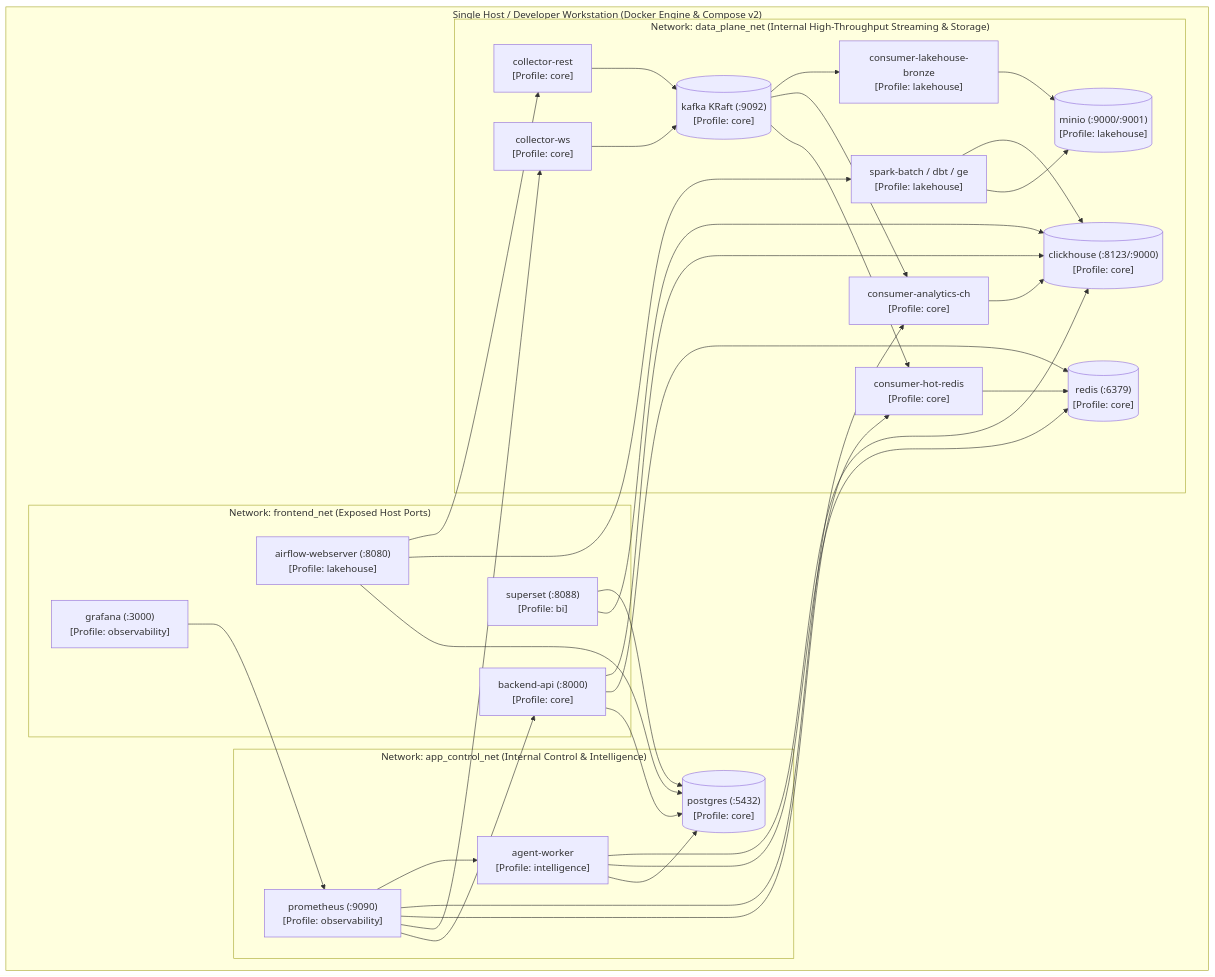
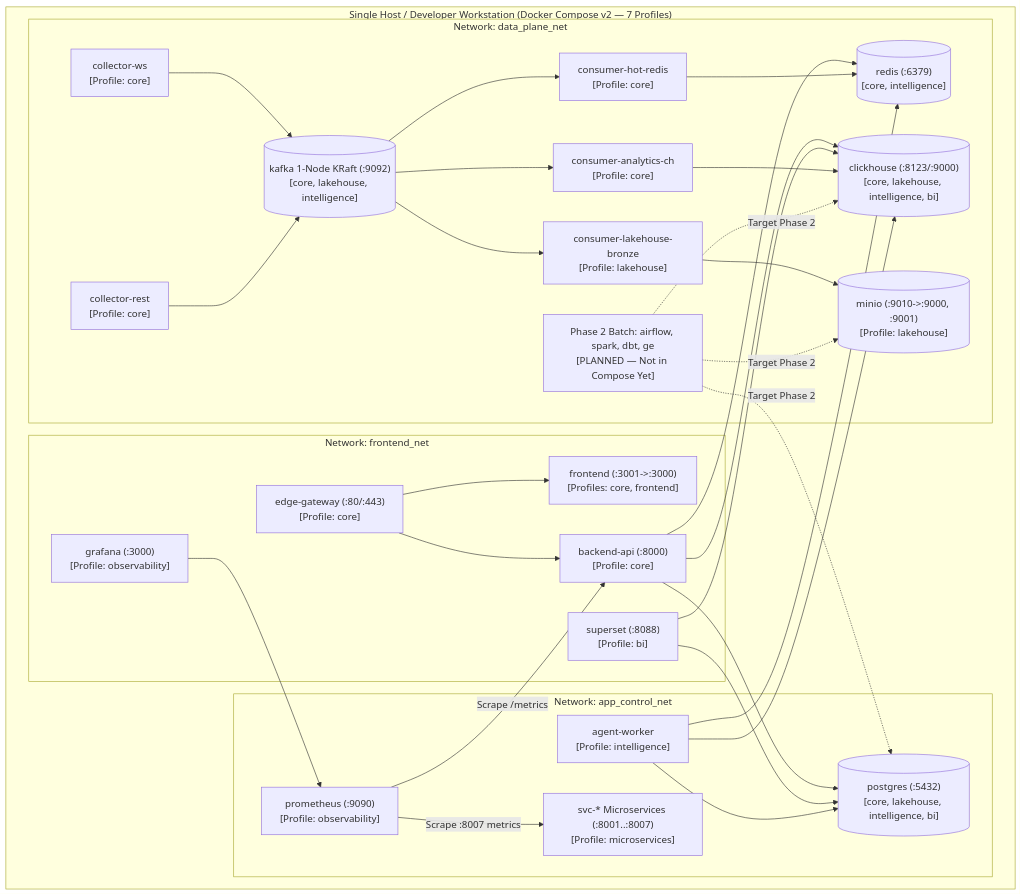
One commit to DungTran1201/FinancialMarketDataPlatform changed the diagram in docs/diagrams/deployment/15-deployment-architecture.md. Above: the diagram before and after it, drawn with Mermaid. The commit also changed other lines of this file and 141 other files, not shown here.

Commit message:
docs: add comprehensive architecture documentation, data models, and agent definitions

````diff
--- a/docs/diagrams/deployment/15-deployment-architecture.md
+++ b/docs/diagrams/deployment/15-deployment-architecture.md
@@ -15,44 +25,47 @@
 ```mermaid
 flowchart TB
-    subgraph HostEnvironment["Single Host / Developer Workstation (Docker Engine & Compose v2)"]
-        subgraph EdgeNet["Network: frontend_net (Exposed Host Ports)"]
+    subgraph HostEnvironment["Single Host / Developer Workstation (Docker Compose v2 — 7 Profiles)"]
+        subgraph EdgeNet["Network: frontend_net"]
+            Edge["edge-gateway (:80/:443)<br/>[Profile: core]"]
+            Frontend["frontend (:3001->:3000)<br/>[Profiles: core, frontend]"]
             FastAPI["backend-api (:8000)<br/>[Profile: core]"]
+            Grafana["grafana (:3000)<br/>[Profile: observability]"]
             Superset["superset (:8088)<br/>[Profile: bi]"]
-            Grafana["grafana (:3000)<br/>[Profile: observability]"]
-            AirflowUI["airflow-webserver (:8080)<br/>[Profile: lakehouse]"]
         end
 
-        subgraph AppNet["Network: app_control_net (Internal Control & Intelligence)"]
-            Postgres[("postgres (:5432)<br/>[Profile: core]")]
+        subgraph AppNet["Network: app_control_net"]
+            Postgres[("postgres (:5432)<br/>[core, lakehouse, intelligence, bi]")]
             AgentWorker["agent-worker<br/>[Profile: intelligence]"]
             Prometheus["prometheus (:9090)<br/>[Profile: observability]"]
+            SvcGroup["svc-* Microservices (:8001..:8007)<br/>[Profile: microservices]"]
         end
 
-        subgraph DataNet["Network: data_plane_net (Internal High-Throughput Streaming & Storage)"]
+        subgraph DataNet["Network: data_plane_net"]
             WSCol["collector-ws<br/>[Profile: core]"]
             RESTCol["collector-rest<br/>[Profile: core]"]
-            Kafka[("kafka KRaft (:9092)<br/>[Profile: core]")]
+            Kafka[("kafka 1-Node KRaft (:9092)<br/>[core, lakehouse, intelligence]")]
             HotCons["consumer-hot-redis<br/>[Profile: core]"]
             CHCons["consumer-analytics-ch<br/>[Profile: core]"]
             BrzCons["consumer-lakehouse-bronze<br/>[Profile: lakehouse]"]
-            Redis[("redis (:6379)<br/>[Profile: core]")]
-            ClickHouse[("clickhouse (:8123/:9000)<br/>[Profile: core]")]
-            MinIO[("minio (:9000/:9001)<br/>[Profile: lakehouse]")]
-            Spark["spark-batch / dbt / ge<br/>[Profile: lakehouse]"]
+            Redis[("redis (:6379)<br/>[core, intelligence]")]
+            ClickHouse[("clickhouse (:8123/:9000)<br/>[core, lakehouse, intelligence, bi]")]
+            MinIO[("minio (:9010->:9000, :9001)<br/>[Profile: lakehouse]")]
+            PlannedBatch["Phase 2 Batch: airflow, spark, dbt, ge<br/>[PLANNED — Not in Compose Yet]"]
         end
     end
 
+    Edge --> Frontend & FastAPI
     FastAPI --> Postgres & Redis & ClickHouse
     Superset --> ClickHouse & Postgres
     Grafana --> Prometheus
-    AirflowUI --> Postgres & Spark & RESTCol
 
     WSCol & RESTCol --> Kafka
     Kafka --> HotCons --> Redis
     Kafka --> CHCons --> ClickHouse
     Kafka --> BrzCons --> MinIO
-    Spark --> MinIO & ClickHouse
+    PlannedBatch -.->|"Target Phase 2"| MinIO & ClickHouse & Postgres
 
     AgentWorker --> Postgres & Redis & ClickHouse
-    Prometheus --> FastAPI & WSCol & HotCons & CHCons & AgentWorker
+    Prometheus -->|"Scrape /metrics"| FastAPI
+    Prometheus -->|"Scrape :8007 metrics"| SvcGroup
 ```
````
